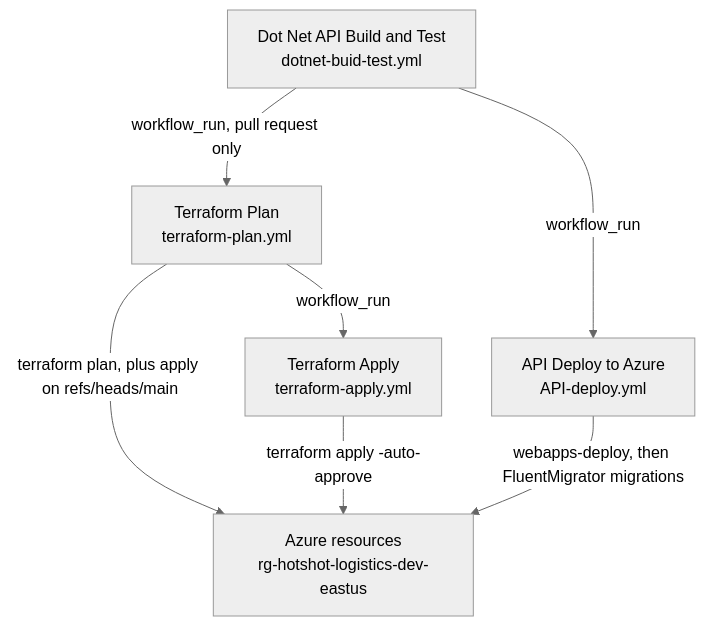
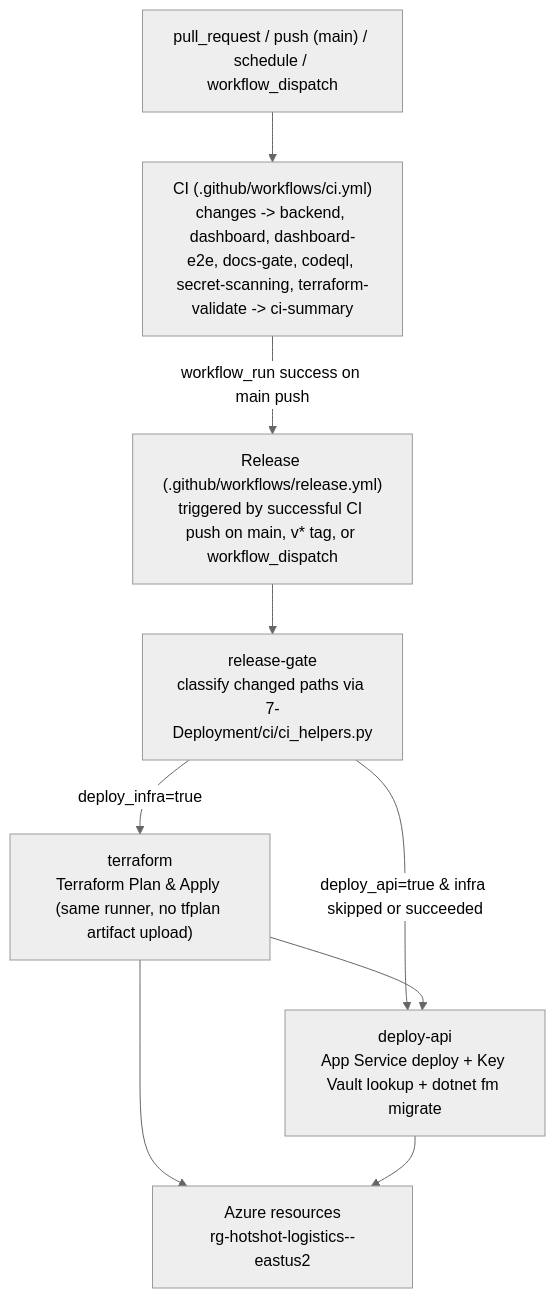
The diagram in 6-Docs/devops/deployment-architecture.md (dpalfery/hotshot-logistics-demo), drawn with Mermaid (neutral theme) before and after one commit. The commit also changed other lines of this file and 16 other files, not shown here.

First line of the commit message:
ci: flesh out CI pipelines with SQL Server integration tests, dashboard gates, and CI Summary (#170)

````diff
--- a/6-Docs/devops/deployment-architecture.md
+++ b/6-Docs/devops/deployment-architecture.md
@@ -167,15 +160,19 @@
 ```mermaid
 flowchart TD
-  ci["Dot Net API Build and Test<br/>dotnet-buid-test.yml"]
-  plan["Terraform Plan<br/>terraform-plan.yml"]
-  apply["Terraform Apply<br/>terraform-apply.yml"]
-  deploy["API Deploy to Azure<br/>API-deploy.yml"]
-  azure["Azure resources<br/>rg-hotshot-logistics-dev-eastus"]
+  pr["pull_request / push (main) / schedule / workflow_dispatch"]
+  ci["CI (.github/workflows/ci.yml)<br/>changes -> backend, dashboard, dashboard-e2e, docs-gate, codeql, secret-scanning, terraform-validate -> ci-summary"]
+  rel["Release (.github/workflows/release.yml)<br/>triggered by successful CI push on main, v* tag, or workflow_dispatch"]
+  gate["release-gate<br/>classify changed paths via 7-Deployment/ci/ci_helpers.py"]
+  tf["terraform<br/>Terraform Plan & Apply (same runner, no tfplan artifact upload)"]
+  api["deploy-api<br/>App Service deploy + Key Vault lookup + dotnet fm migrate"]
+  azure["Azure resources<br/>rg-hotshot-logistics-<env>-eastus2"]
 
-  ci -->|workflow_run, pull request only| plan
-  plan -->|workflow_run| apply
-  ci -->|workflow_run| deploy
-  plan -->|terraform plan, plus apply on refs/heads/main| azure
-  apply -->|terraform apply -auto-approve| azure
-  deploy -->|webapps-deploy, then FluentMigrator migrations| azure
+  pr --> ci
+  ci -->|workflow_run success on main push| rel
+  rel --> gate
+  gate -->|deploy_infra=true| tf
+  gate -->|deploy_api=true & infra skipped or succeeded| api
+  tf --> api
+  tf --> azure
+  api --> azure
 ```
````
